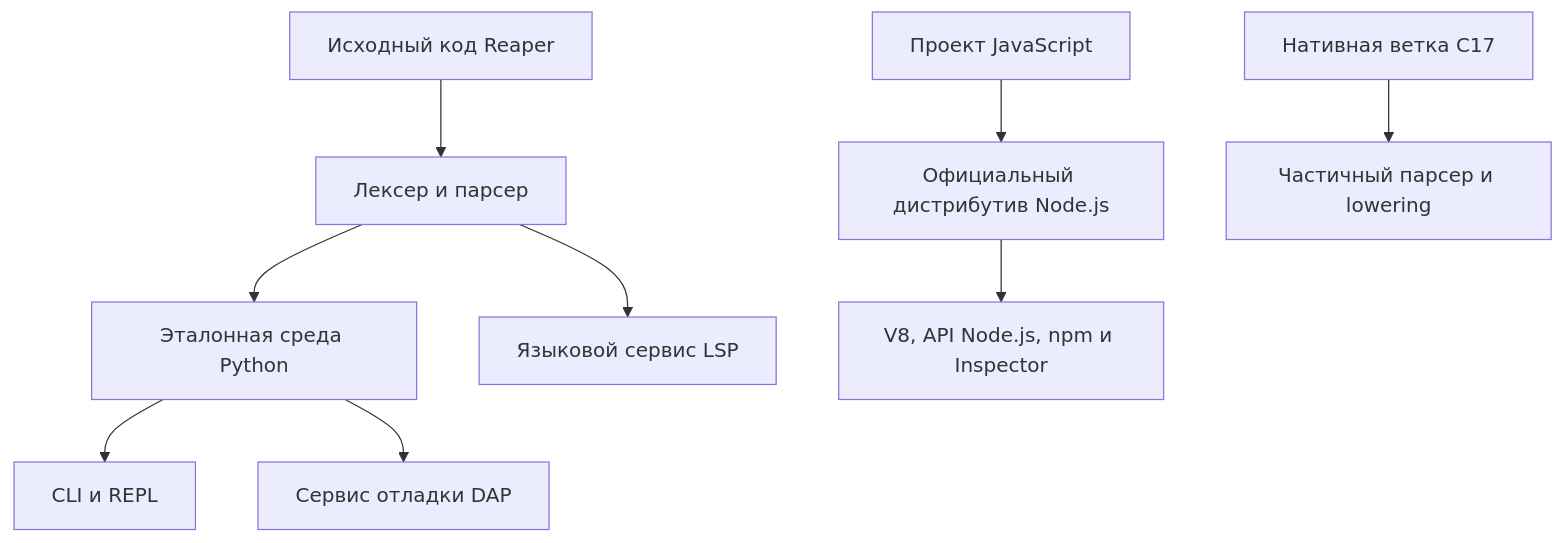
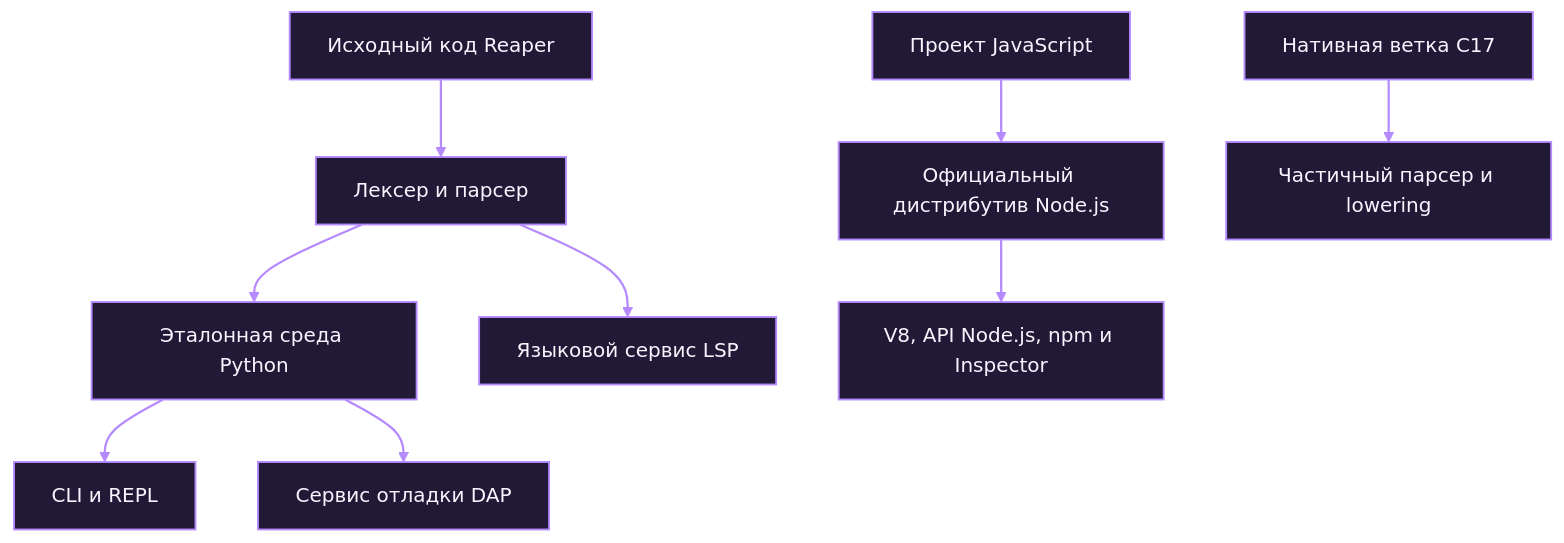
One commit to Ivan-VHS/Reaper changed the first of 2 diagrams in README.ru.md. Above: the diagram before and after it, drawn with Mermaid. The commit also changed other lines of this file, not shown here.

````diff
--- a/README.ru.md
+++ b/README.ru.md
@@ -18,11 +23,14 @@
 ```mermaid
 flowchart TD
     A[Исходный код Reaper] --> B[Лексер и парсер]
     B --> C[Эталонная среда Python]
     C --> D[CLI и REPL]
     B --> E[Языковой сервис LSP]
     C --> F[Сервис отладки DAP]
     G[Проект JavaScript] --> H[Официальный дистрибутив Node.js]
     H --> I[V8, API Node.js, npm и Inspector]
     J[Нативная ветка C17] --> K[Частичный парсер и lowering]
+  classDef readmeNode fill:#211936,stroke:#B58AFF,color:#F8F5FF,stroke-width:1.5px;
+  class A,B,C,D,E,F,G,H,I,J,K readmeNode;
+  linkStyle default stroke:#B58AFF,stroke-width:1.8px;
 ```
````
